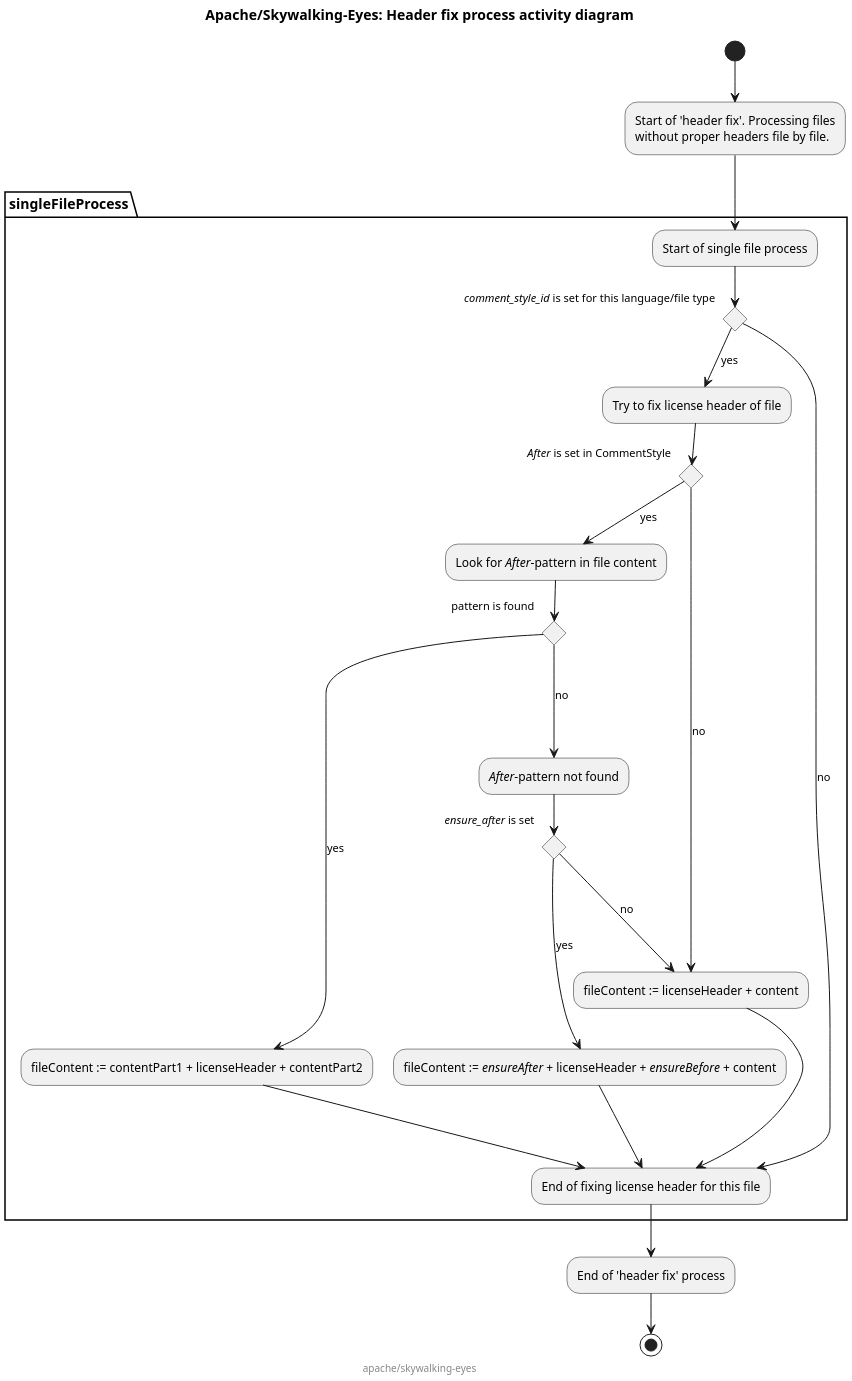
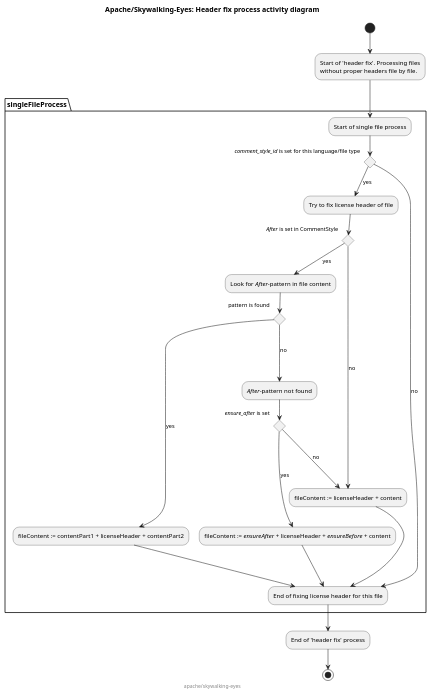
The diagram in docs/header_fix_logic.plantuml (apache/skywalking-eyes), drawn with PlantUML before and after one commit. The commit also changed 3 other files, not shown here.

Commit message:
docs: remove plantuml svg output and replacing with public plantuml proxy link. Avoid generating consistency problems between .plantuml and .svg files.

```diff
--- a/docs/header_fix_logic.plantuml
+++ b/docs/header_fix_logic.plantuml
@@ -1,61 +1,60 @@
 @startuml
 
 ' Licensed to Apache Software Foundation (ASF) under one or more contributor
 ' license agreements. See the NOTICE file distributed with
 ' this work for additional information regarding copyright
 ' ownership. Apache Software Foundation (ASF) licenses this file to you under
 ' the Apache License, Version 2.0 (the "License"); you may
 ' not use this file except in compliance with the License.
 ' You may obtain a copy of the License at
 '
 '     http://www.apache.org/licenses/LICENSE-2.0
 '
 ' Unless required by applicable law or agreed to in writing,
 ' software distributed under the License is distributed on an
 ' "AS IS" BASIS, WITHOUT WARRANTIES OR CONDITIONS OF ANY
 ' KIND, either express or implied.  See the License for the
 ' specific language governing permissions and limitations
 ' under the License.
 
 title "Apache/Skywalking-Eyes: Header fix process activity diagram"
 footer apache/skywalking-eyes
-scale 2
 
 (*) --> "Start of 'header fix'. Processing files\nwithout proper headers file by file." as startNode
 
 partition singleFileProcess {
 startNode --> "Start of single file process" as startFileNode
 
 if "<i>comment_style_id</i> is set for this language/file type" then
     -->[yes] "Try to fix license header of file"
 
     if <i>After</i> is set in CommentStyle then
         -->[yes] Look for <i>After</i>-pattern in file content
 
         if pattern is found then
             ------->[yes] "fileContent := contentPart1 + licenseHeader + contentPart2"
             ---> "End of fixing license header for this file" as endFileProcessingNode
         else
             --->[no] "<i>After</i>-pattern not found"
 
             if "<i>ensure_after</i> is set" then
                 ---->[yes] "fileContent := <i>ensureAfter</i> + licenseHeader + <i>ensureBefore</i> + content"
                 ---> endFileProcessingNode
             else
                 --->[no] "fileContent := licenseHeader + content" as defaultHeaderFix
             endif
 
         endif
     else
         -->[no] defaultHeaderFix
         ---> endFileProcessingNode
     endif
 else
     ---->[no] endFileProcessingNode
 endif
 }
 
 endFileProcessingNode --> "End of 'header fix' process" as endNode
 endNode --> (*)
 
 @enduml
```
